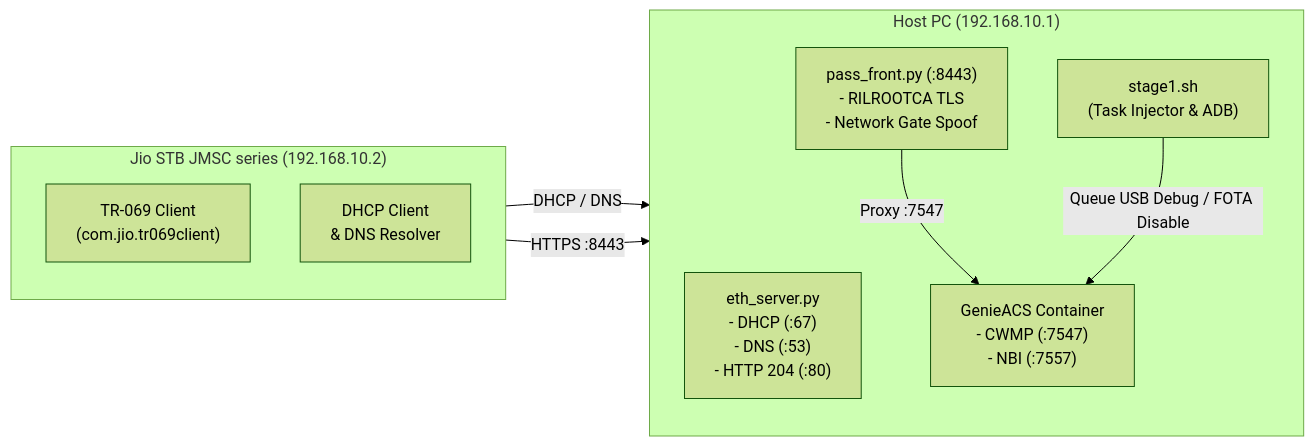
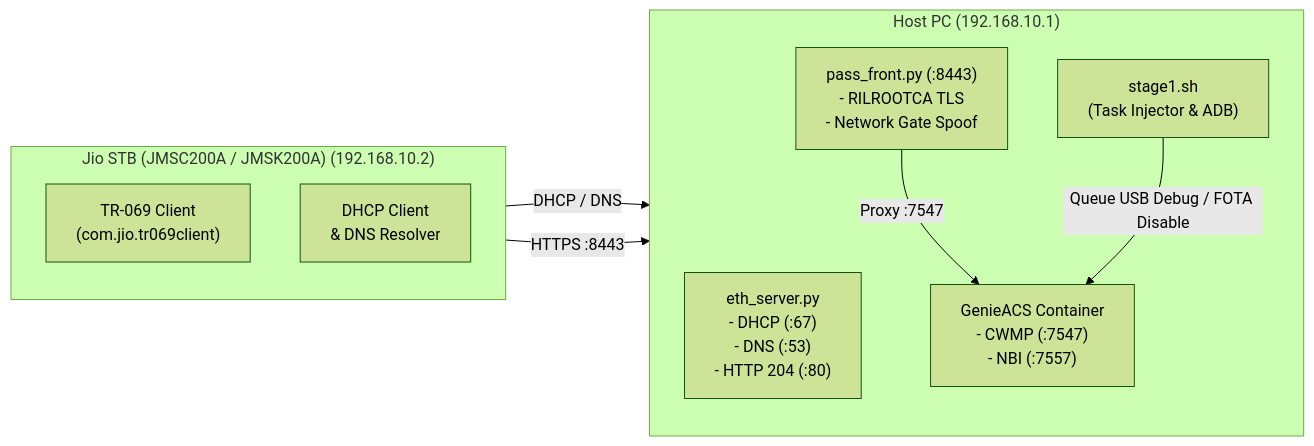
The diagram in README.md (ramneet4002/STB-Comprehensive-Guide), drawn with Mermaid (forest theme) before and after one commit. The commit also changed other lines of this file and 3 other files, not shown here.

````diff
--- a/README.md
+++ b/README.md
@@ -120,21 +120,21 @@
 ```mermaid
 flowchart LR
-    subgraph STB ["Jio STB JMSC series (192.168.10.2)"]
+    subgraph STB ["Jio STB (JMSC200A / JMSK200A) (192.168.10.2)"]
         direction TB
         Client["TR-069 Client\n(com.jio.tr069client)"]
         ClientNet["DHCP Client\n& DNS Resolver"]
     end
 
     subgraph PC ["Host PC (192.168.10.1)"]
         direction TB
         EthHelper["eth_server.py\n- DHCP (:67)\n- DNS (:53)\n- HTTP 204 (:80)"]
         PassFront["pass_front.py (:8443)\n- RILROOTCA TLS\n- Network Gate Spoof"]
         GenieACS["GenieACS Container\n- CWMP (:7547)\n- NBI (:7557)"]
         Stage1["stage1.sh\n(Task Injector & ADB)"]
     end
 
     ClientNet -- "DHCP / DNS" --> EthHelper
     Client -- "HTTPS :8443" --> PassFront
     PassFront -- "Proxy :7547" --> GenieACS
     Stage1 -- "Queue USB Debug / FOTA Disable" --> GenieACS
 ```
````
